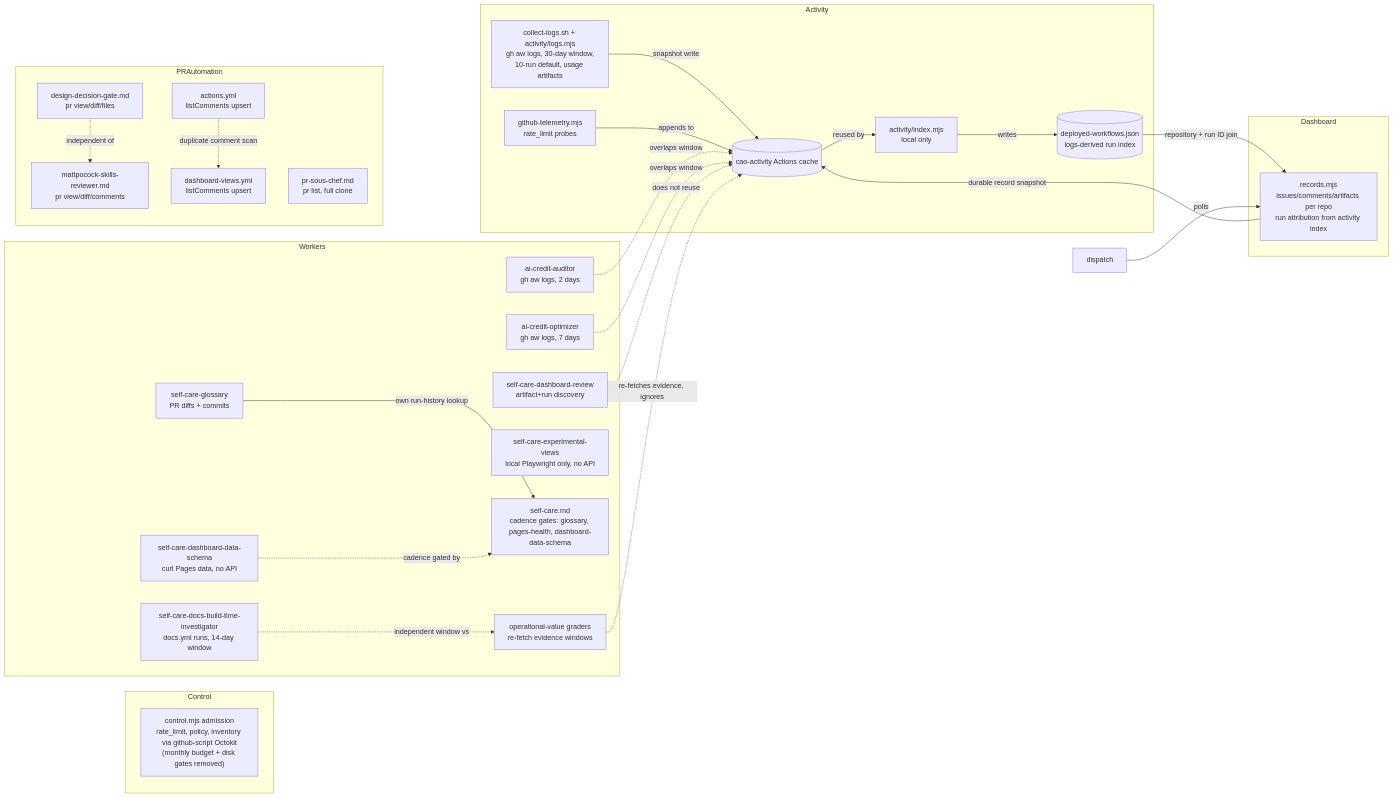
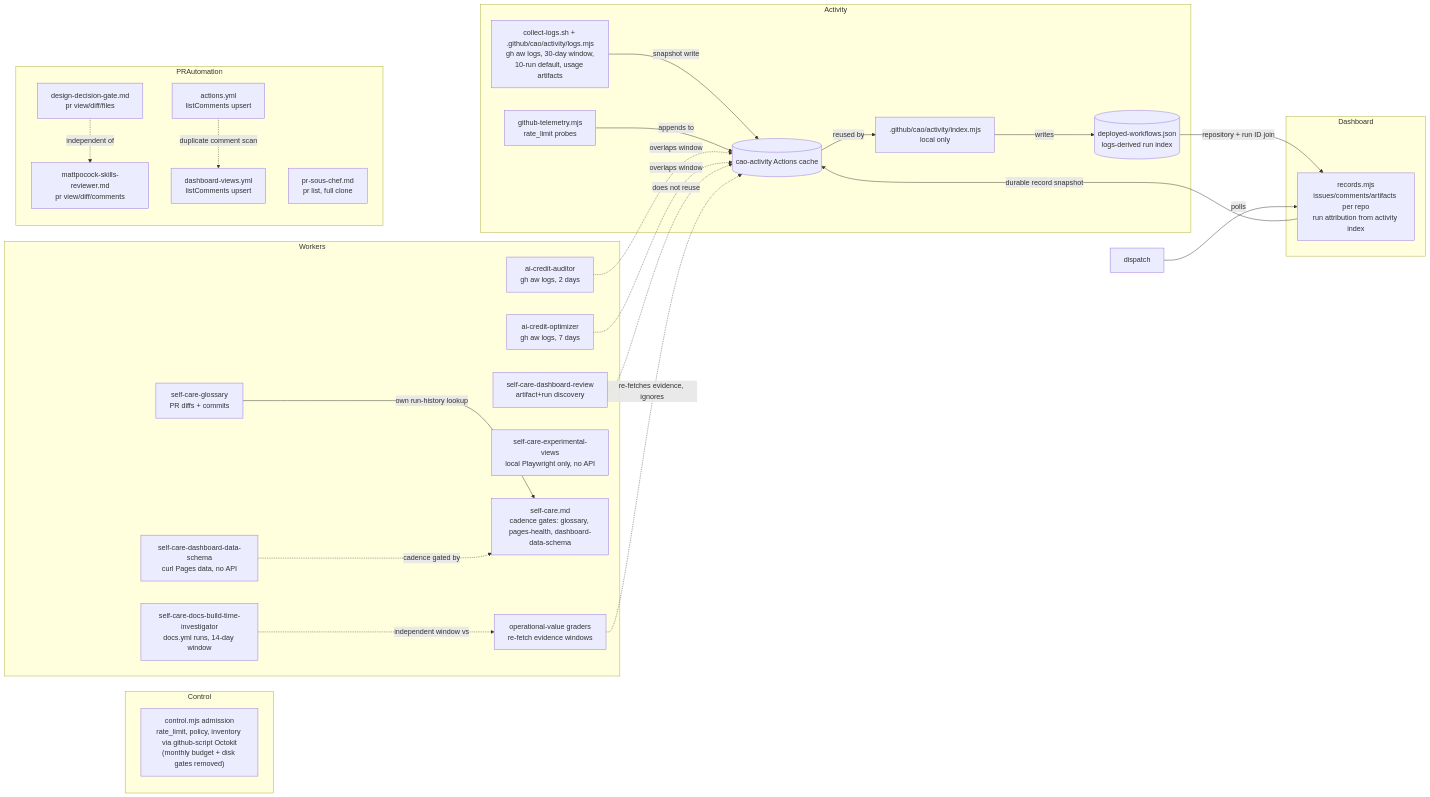
One commit to githubnext/gh-aw-cao changed the diagram in specs/data-acquisition-audit.md. Above: the diagram before and after it, drawn with Mermaid. The commit also changed other lines of this file and 375 other files, not shown here.

Commit message:
Move CAO activity and dashboard sources

````diff
--- a/specs/data-acquisition-audit.md
+++ b/specs/data-acquisition-audit.md
@@ -192,50 +192,50 @@
 ```mermaid
 flowchart LR
   subgraph Control
     control["control.mjs admission<br/>rate_limit, policy, inventory via github-script Octokit<br/>(monthly budget + disk gates removed)"]
   end
   subgraph Activity
-    logsmjs["collect-logs.sh + activity/logs.mjs<br/>gh aw logs, 30-day window,<br/>10-run default, usage artifacts"]
-    indexmjs["activity/index.mjs<br/>local only"]
+    logsmjs["collect-logs.sh + .github/cao/activity/logs.mjs<br/>gh aw logs, 30-day window,<br/>10-run default, usage artifacts"]
+    indexmjs[".github/cao/activity/index.mjs<br/>local only"]
     runindex[("deployed-workflows.json<br/>logs-derived run index")]
     telemetry["github-telemetry.mjs<br/>rate_limit probes"]
     cache[("cao-activity Actions cache")]
   end
   subgraph Dashboard
     records["records.mjs<br/>issues/comments/artifacts per repo<br/>run attribution from activity index"]
   end
   subgraph Workers
     aicaud["ai-credit-auditor<br/>gh aw logs, 2 days"]
     aicopt["ai-credit-optimizer<br/>gh aw logs, 7 days"]
     reviewpf["self-care-dashboard-review<br/>artifact+run discovery"]
     glossary["self-care-glossary<br/>PR diffs + commits"]
     docsbt["self-care-docs-build-time-investigator<br/>docs.yml runs, 14-day window"]
     expviews["self-care-experimental-views<br/>local Playwright only, no API"]
     schemaworker["self-care-dashboard-data-schema<br/>curl Pages data, no API"]
     selfcare["self-care.md<br/>cadence gates: glossary, pages-health, dashboard-data-schema"]
     graders["operational-value graders<br/>re-fetch evidence windows"]
   end
   subgraph PRAutomation
     ddg["design-decision-gate.md<br/>pr view/diff/files"]
     mattpocock["mattpocock-skills-reviewer.md<br/>pr view/diff/comments"]
     soschef["pr-sous-chef.md<br/>pr list, full clone"]
     mobileci["actions.yml<br/>listComments upsert"]
     dashviews["dashboard-views.yml<br/>listComments upsert"]
   end
   logsmjs -->|snapshot write| cache
   cache -->|reused by| indexmjs
   indexmjs -->|writes| runindex
   runindex -->|repository + run ID join| records
   records -->|durable record snapshot| cache
   telemetry -->|appends to| cache
   dispatch -->|polls| records
   aicaud -.->|overlaps window| cache
   aicopt -.->|overlaps window| cache
   reviewpf -.->|does not reuse| cache
   glossary -->|own run-history lookup| selfcare
   schemaworker -.->|cadence gated by| selfcare
   docsbt -.->|independent window vs| graders
   graders -.->|re-fetches evidence, ignores| cache
   ddg -.->|independent of| mattpocock
   mobileci -.->|duplicate comment scan| dashviews
 ```
````
